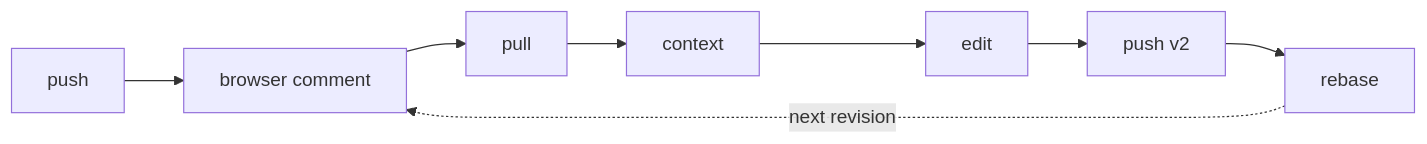
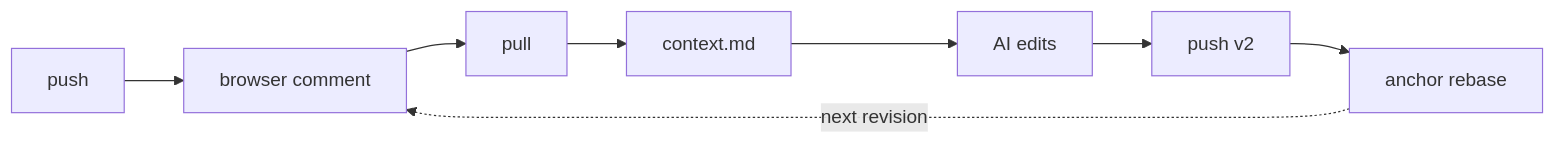
One commit to 1ppe1/bagel changed the diagram in README.md. Above: the diagram before and after it, drawn with Mermaid. The commit also changed other lines of this file and 12 other files, not shown here.

````diff
--- a/README.md
+++ b/README.md
@@ -10,5 +12,5 @@
 ```mermaid
 flowchart LR
-    A[push] --> B[browser comment] --> C[pull] --> D[context] --> E[edit] --> F[push v2] --> G[rebase]
+    A[push] --> B[browser comment] --> C[pull] --> D[context.md] --> E[AI edits] --> F[push v2] --> G[anchor rebase]
     G -. next revision .-> B
 ```
````
